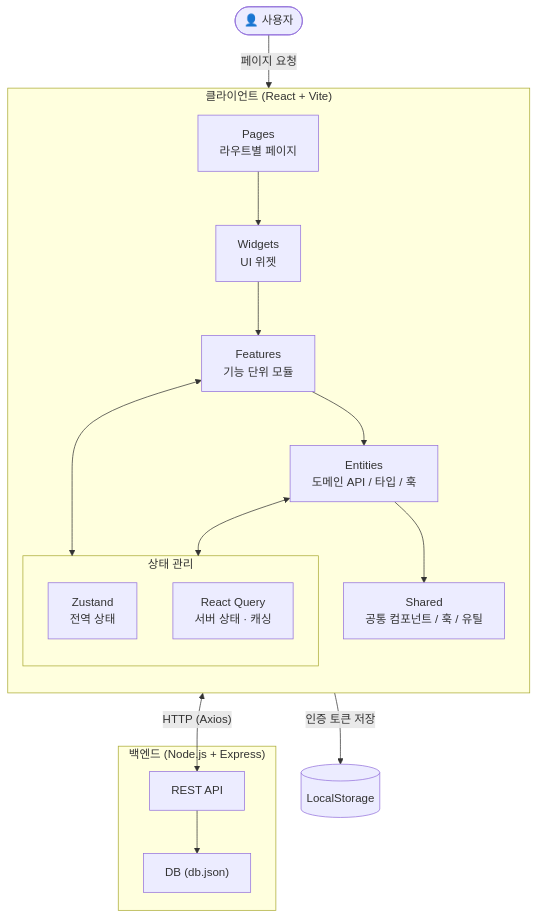
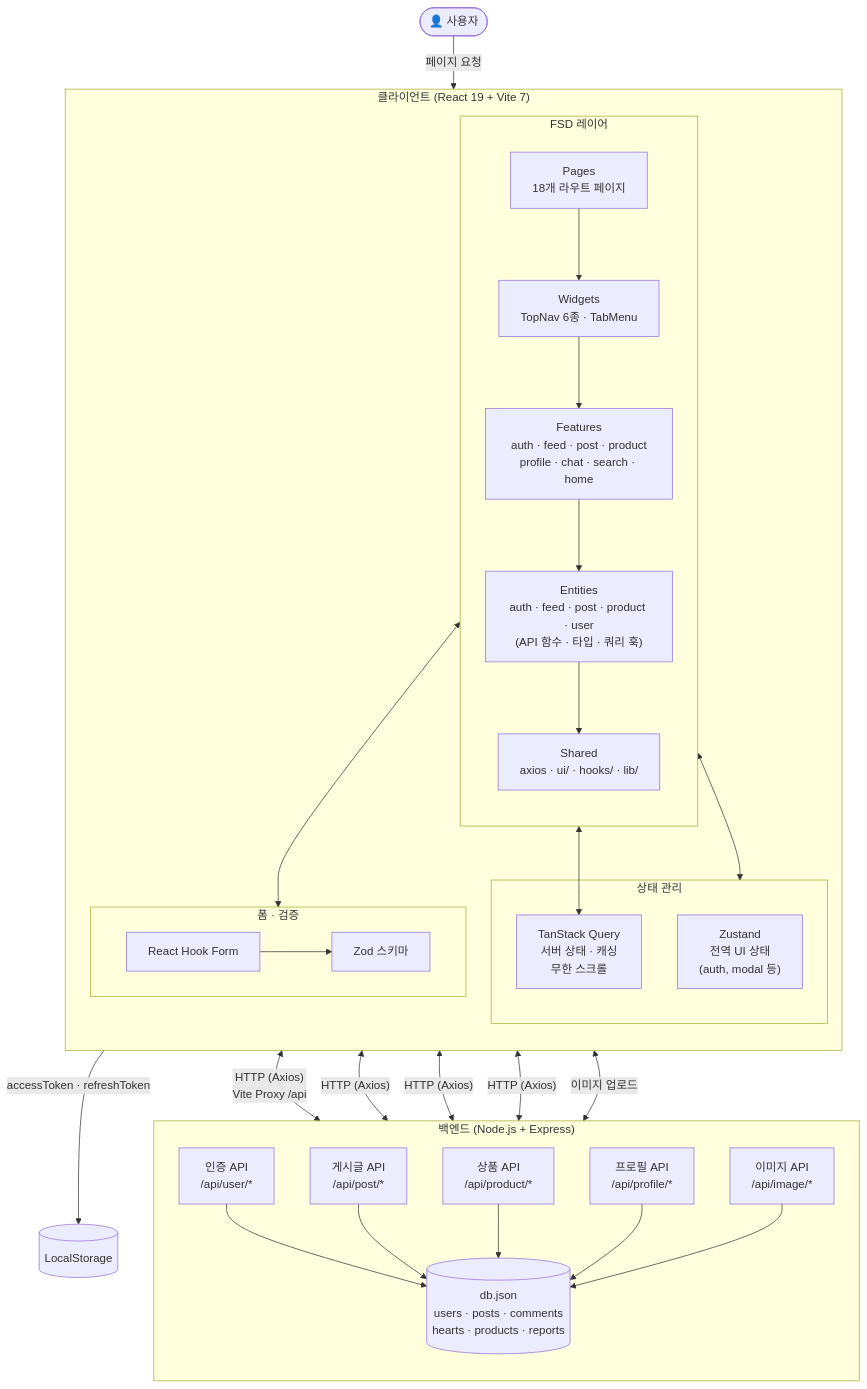
Before and after one commit to 3rd-project-team-1/ALYAC-market-team1: the second of 2 diagrams in README.md, drawn with Mermaid. The commit also changed other lines of this file, not shown here.

````diff
--- a/README.md
+++ b/README.md
@@ -212,33 +299,54 @@
 ```mermaid
 flowchart TD
     User([👤 사용자])
 
-    subgraph Client["클라이언트 (React + Vite)"]
+    subgraph Client["클라이언트 (React 19 + Vite 7)"]
         direction TB
-        Pages["Pages\n라우트별 페이지"]
-        Widgets["Widgets\nUI 위젯"]
-        Features["Features\n기능 단위 모듈"]
-        Entities["Entities\n도메인 API / 타입 / 훅"]
-        Shared["Shared\n공통 컴포넌트 / 훅 / 유틸"]
 
-        Pages --> Widgets --> Features --> Entities --> Shared
+        subgraph FSD["FSD 레이어"]
+            direction TB
+            Pages["Pages\n18개 라우트 페이지"]
+            Widgets["Widgets\nTopNav 6종 · TabMenu"]
+            Features["Features\nauth · feed · post · product\nprofile · chat · search · home"]
+            Entities["Entities\nauth · feed · post · product · user\n(API 함수 · 타입 · 쿼리 훅)"]
+            Shared["Shared\naxios · ui/ · hooks/ · lib/"]
+
+            Pages --> Widgets --> Features --> Entities --> Shared
+        end
 
         subgraph State["상태 관리"]
-            Zustand["Zustand\n전역 상태"]
-            ReactQuery["React Query\n서버 상태 · 캐싱"]
+            Zustand["Zustand\n전역 UI 상태\n(auth, modal 등)"]
+            ReactQuery["TanStack Query\n서버 상태 · 캐싱\n무한 스크롤"]
+        end
+
+        subgraph Form["폼 · 검증"]
+            RHF["React Hook Form"]
+            Zod["Zod 스키마"]
+            RHF --> Zod
         end
 
         Features <--> State
-        Entities <--> State
+        Entities <--> ReactQuery
+        Features <--> Form
     end
 
     subgraph Server["백엔드 (Node.js + Express)"]
-        API["REST API"]
-        DB["DB (db.json)"]
-        API --> DB
+        direction TB
+        AuthAPI["인증 API\n/api/user/*"]
+        PostAPI["게시글 API\n/api/post/*"]
+        ProductAPI["상품 API\n/api/product/*"]
+        ProfileAPI["프로필 API\n/api/profile/*"]
+        ImageAPI["이미지 API\n/api/image/*"]
+        DB[("db.json\nusers · posts · comments\nhearts · products · reports")]
+
+        AuthAPI & PostAPI & ProductAPI & ProfileAPI & ImageAPI --> DB
     end
 
     User -->|"페이지 요청"| Pages
-    ReactQuery <-->|"HTTP (Axios)"| API
-    Zustand -->|"인증 토큰 저장"| LocalStorage[(LocalStorage)]
+    ReactQuery <-->|"HTTP (Axios)\nVite Proxy /api"| AuthAPI
+    ReactQuery <-->|"HTTP (Axios)"| PostAPI
+    ReactQuery <-->|"HTTP (Axios)"| ProductAPI
+    ReactQuery <-->|"HTTP (Axios)"| ProfileAPI
+    Shared <-->|"이미지 업로드"| ImageAPI
+    Zustand -->|"accessToken · refreshToken"| LocalStorage[(LocalStorage)]
 ```
````
